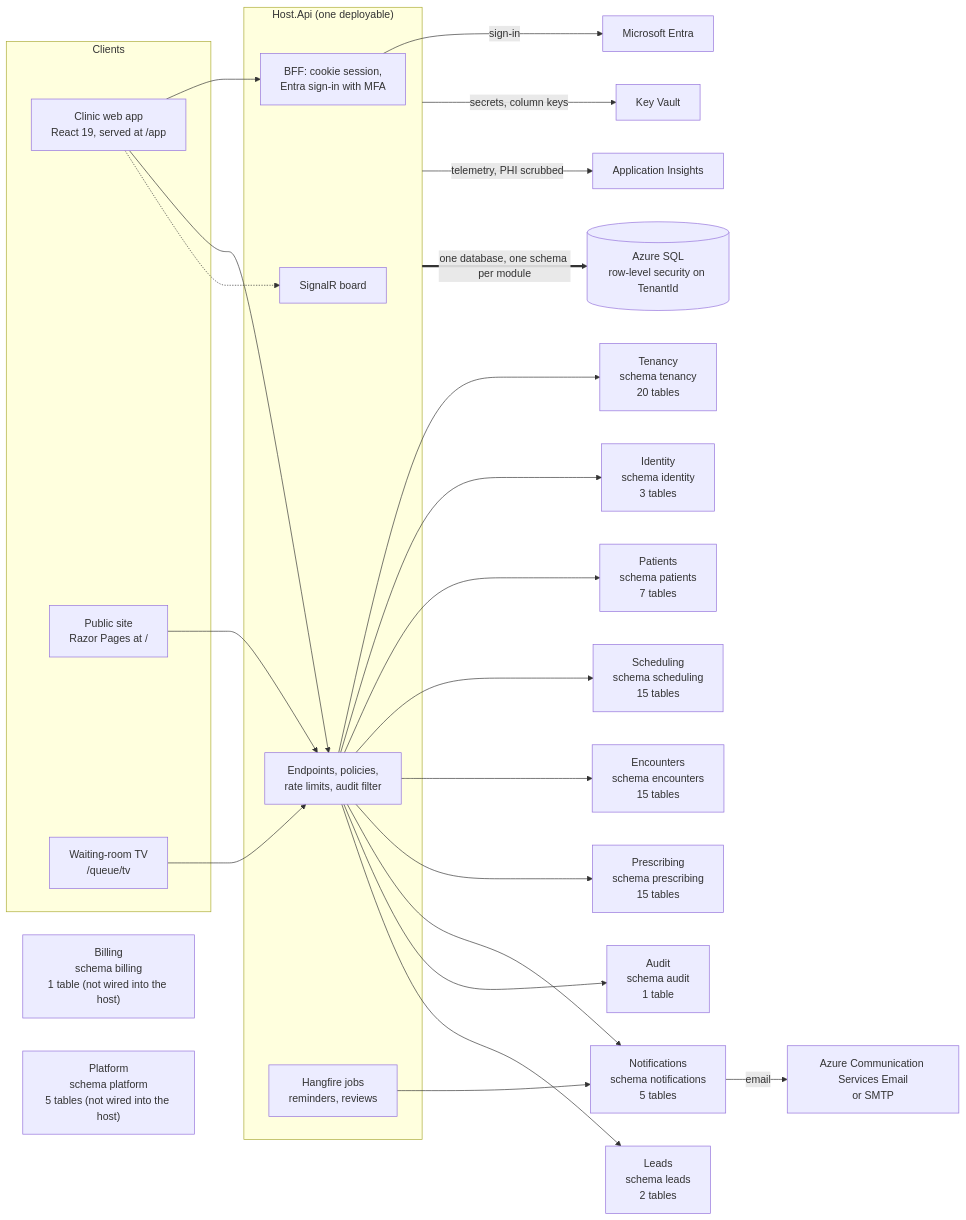
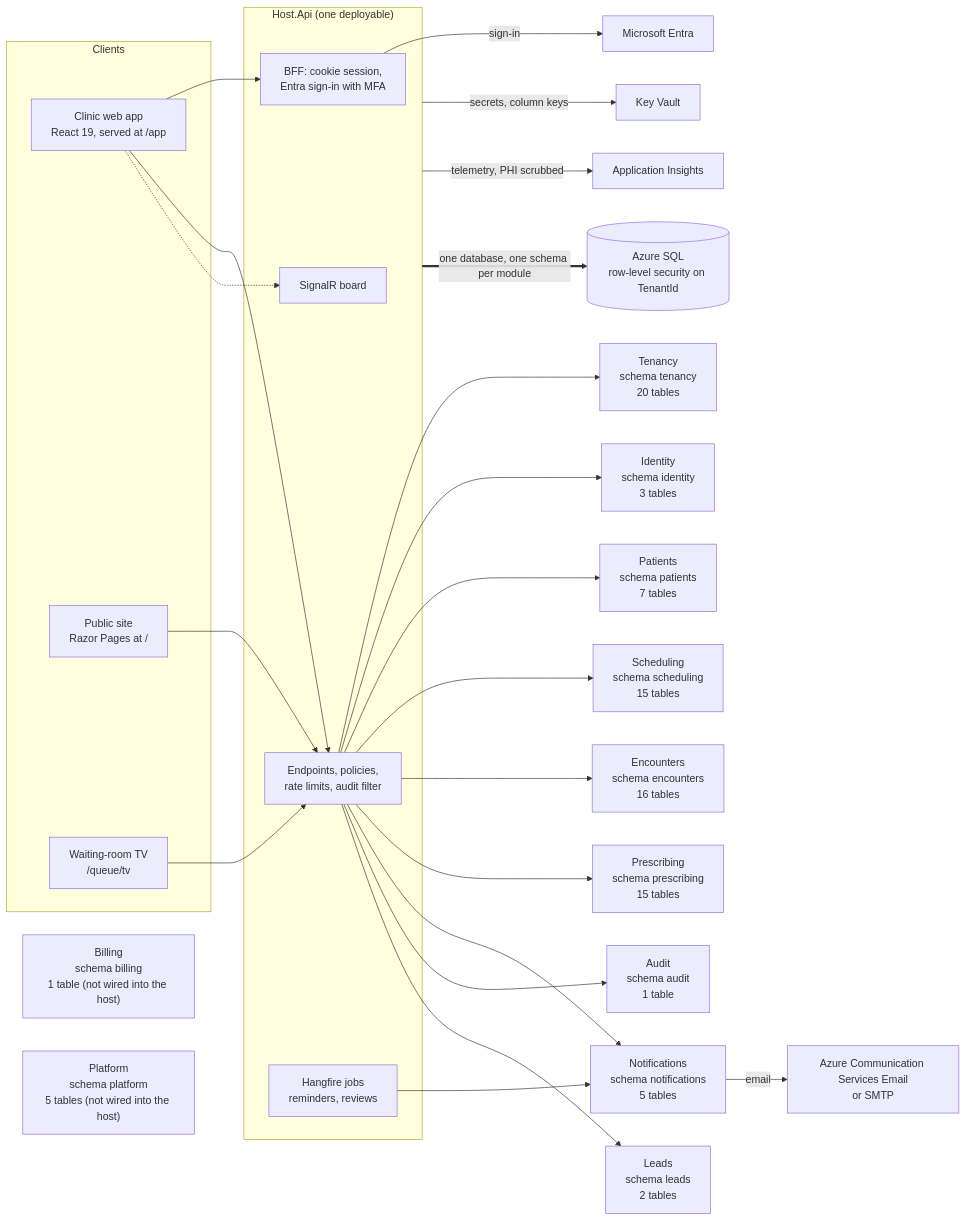
Before and after one commit to ALFRED-LUCIFER/medvya: the first of 14 diagrams in docs/03-architecture/erd.md, drawn with Mermaid. The commit also changed other lines of this file and 40 other files, not shown here.

First line of the commit message:
MDV-P2-032: life stage, history sections and the fuller chart banner

````diff
--- a/docs/03-architecture/erd.md
+++ b/docs/03-architecture/erd.md
@@ -15,36 +15,36 @@
 ```mermaid
 flowchart LR
   subgraph Clients
     web["Clinic web app<br/>React 19, served at /app"]
     site["Public site<br/>Razor Pages at /"]
     tv["Waiting-room TV<br/>/queue/tv"]
   end
   subgraph Host["Host.Api (one deployable)"]
     bff["BFF: cookie session,<br/>Entra sign-in with MFA"]
     api["Endpoints, policies,<br/>rate limits, audit filter"]
     hub["SignalR board"]
     jobs["Hangfire jobs<br/>reminders, reviews"]
   end
   web --> bff
   web --> api
   web -.-> hub
   tv --> api
   site --> api
   api --> Tenancy["Tenancy<br/>schema tenancy<br/>20 tables"]
   api --> Identity["Identity<br/>schema identity<br/>3 tables"]
   api --> Patients["Patients<br/>schema patients<br/>7 tables"]
   api --> Scheduling["Scheduling<br/>schema scheduling<br/>15 tables"]
-  api --> Encounters["Encounters<br/>schema encounters<br/>15 tables"]
+  api --> Encounters["Encounters<br/>schema encounters<br/>16 tables"]
   api --> Prescribing["Prescribing<br/>schema prescribing<br/>15 tables"]
   api --> Notifications["Notifications<br/>schema notifications<br/>5 tables"]
   api --> Audit["Audit<br/>schema audit<br/>1 table"]
   api --> Leads["Leads<br/>schema leads<br/>2 tables"]
   Billing["Billing<br/>schema billing<br/>1 table (not wired into the host)"]
   Platform["Platform<br/>schema platform<br/>5 tables (not wired into the host)"]
   jobs --> Notifications
   bff -->|"sign-in"| entra["Microsoft Entra"]
   Notifications -->|"email"| mail["Azure Communication Services Email<br/>or SMTP"]
   Host -->|"secrets, column keys"| kv["Key Vault"]
   Host -->|"telemetry, PHI scrubbed"| ai["Application Insights"]
   Host ==>|"one database, one schema per module"| sql[("Azure SQL<br/>row-level security on TenantId")]
 ```
````
